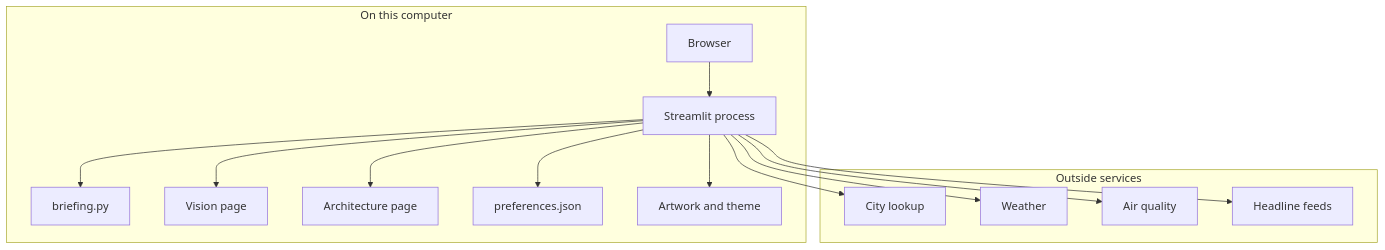
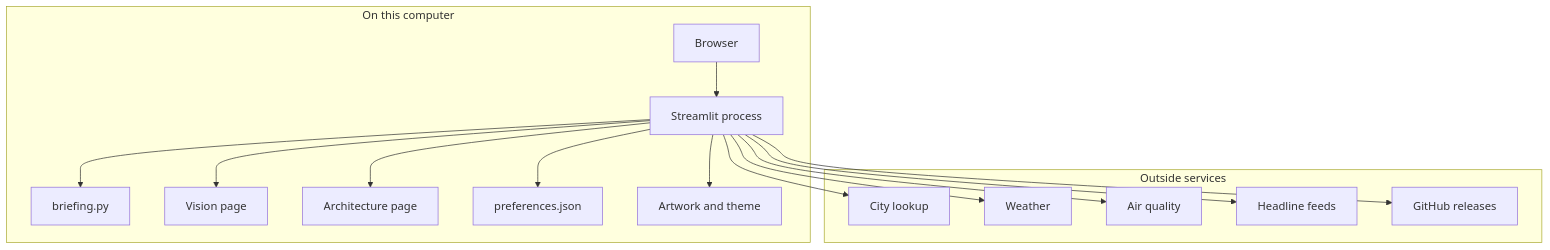
The third of 3 diagrams in docs/architecture.md (jmaret/daily-briefing), drawn with Mermaid before and after one commit. The commit also changed other lines of this file and 7 other files, not shown here.

Commit message:
Show the GitHub release for each update on main, so the briefing can display that version and its notes.

````diff
--- a/docs/architecture.md
+++ b/docs/architecture.md
@@ -50,28 +51,30 @@
 ```mermaid
 flowchart TD
   subgraph local [On this computer]
     browser[Browser]
     process[Streamlit process]
     briefing[briefing.py]
     visionPage[Vision page]
     architecturePage[Architecture page]
     preferences[preferences.json]
     artwork[Artwork and theme]
     browser --> process
     process --> briefing
     process --> visionPage
     process --> architecturePage
     process --> preferences
     process --> artwork
   end
   subgraph remote [Outside services]
     geocode[City lookup]
     forecast[Weather]
     airQuality[Air quality]
     feeds[Headline feeds]
+    github[GitHub releases]
   end
   process --> geocode
   process --> forecast
   process --> airQuality
   process --> feeds
+  process --> github
 ```
````
